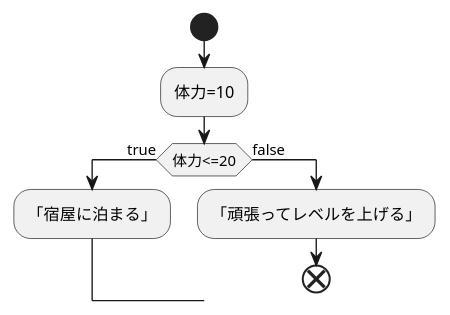
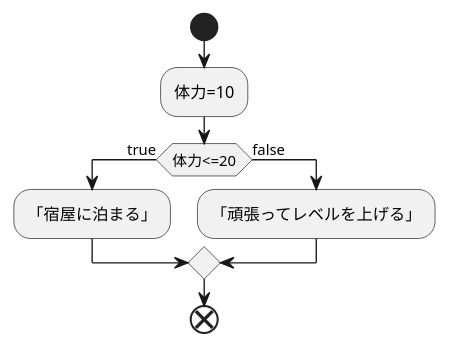
The diagram in tairyoku.md (aso2001153/2021sys-design), drawn with PlantUML before and after one commit.

````diff
--- a/tairyoku.md
+++ b/tairyoku.md
@@ -1,11 +1,12 @@
 ```uml
 @startuml
 start
 :体力=10;
 if(体力<=20) then (true)
 :「宿屋に泊まる」;
 else(false)
 :「頑張ってレベルを上げる」;
+endif
 end
 @enduml
 ```
````
